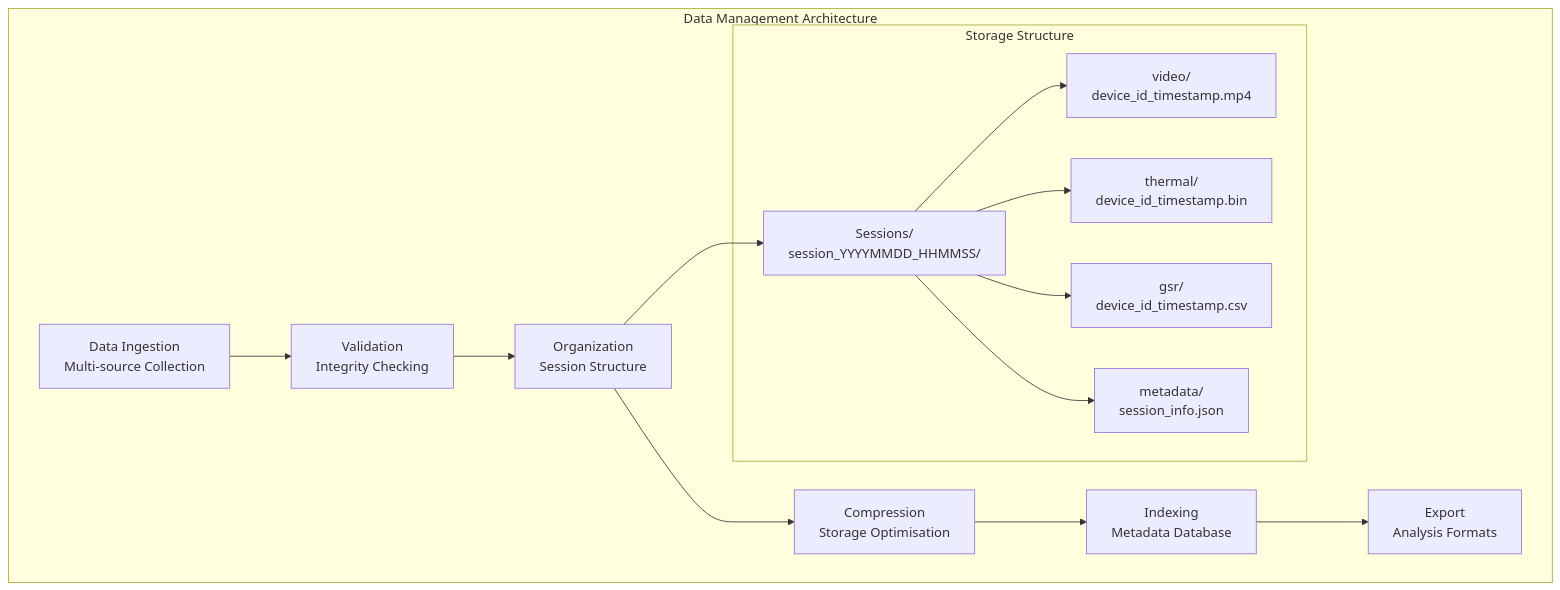
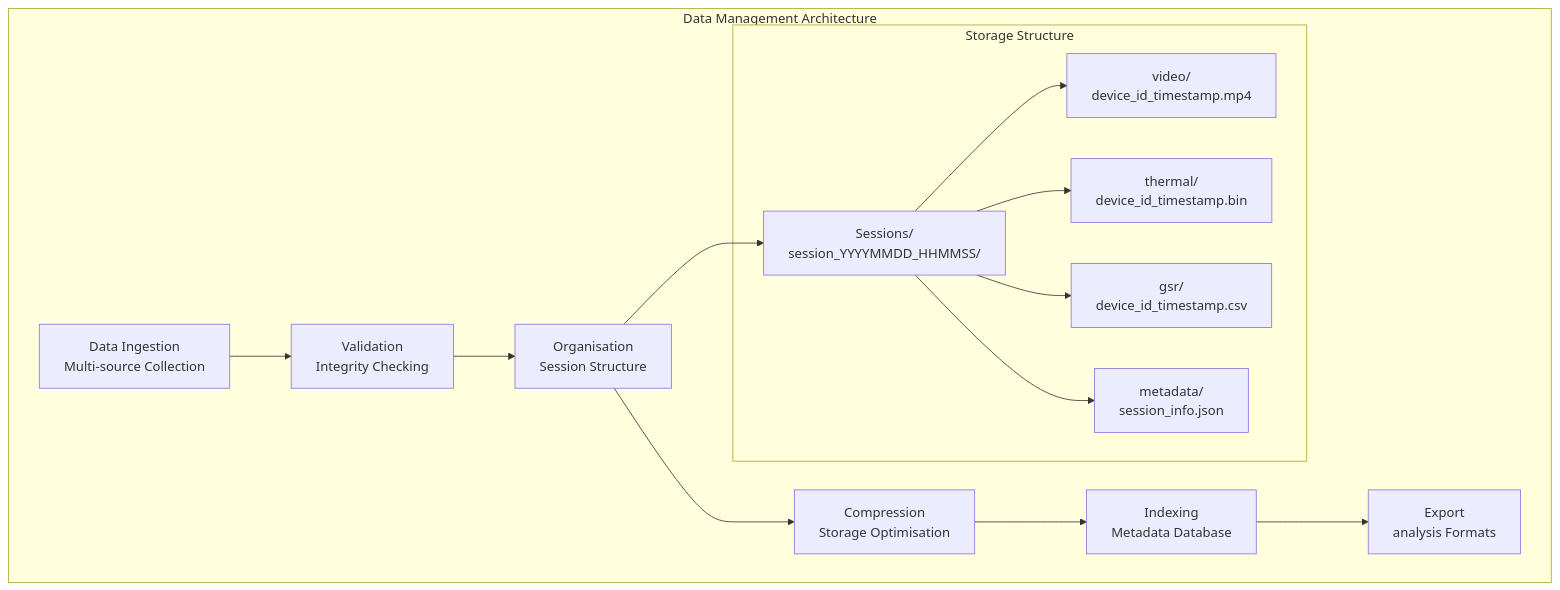
The tenth of 11 diagrams in PythonApp/README.md (buccancs/fyp-multi-sensor-recording-system), drawn with Mermaid before and after one commit. The commit also changed other lines of this file and 58 other files, not shown here.

````diff
--- a/PythonApp/README.md
+++ b/PythonApp/README.md
@@ -1290,31 +1290,31 @@
 ```mermaid
 graph TB
     subgraph "Data Management Architecture"
         INGEST[Data Ingestion<br/>Multi-source Collection]
         VALIDATE[Validation<br/>Integrity Checking]
-        ORGANIS\1[Organization<br/>Session Structure]
+        ORGANIS\1[Organisation<br/>Session Structure]
         COMPRESS[Compression<br/>Storage Optimisation]
         INDEX[Indexing<br/>Metadata Database]
-        EXPORT[Export<br/>Analysis Formats]
+        EXPORT[Export<br/>analysis Formats]
         
         INGEST --> VALIDATE
         VALIDATE --> ORGANIS\1
         ORGANIS\1 --> COMPRESS
         COMPRESS --> INDEX
         INDEX --> EXPORT
         
         subgraph "Storage Structure"
             SESSIONS[Sessions/<br/>session_YYYYMMDD_HHMMSS/]
             VIDEO[video/<br/>device_id_timestamp.mp4]
             THERMAL[thermal/<br/>device_id_timestamp.bin]
             GSR[gsr/<br/>device_id_timestamp.csv]
             META[metadata/<br/>session_info.json]
         end
         
         ORGANIS\1 --> SESSIONS
         SESSIONS --> VIDEO
         SESSIONS --> THERMAL
         SESSIONS --> GSR
         SESSIONS --> META
     end
 ```
````
